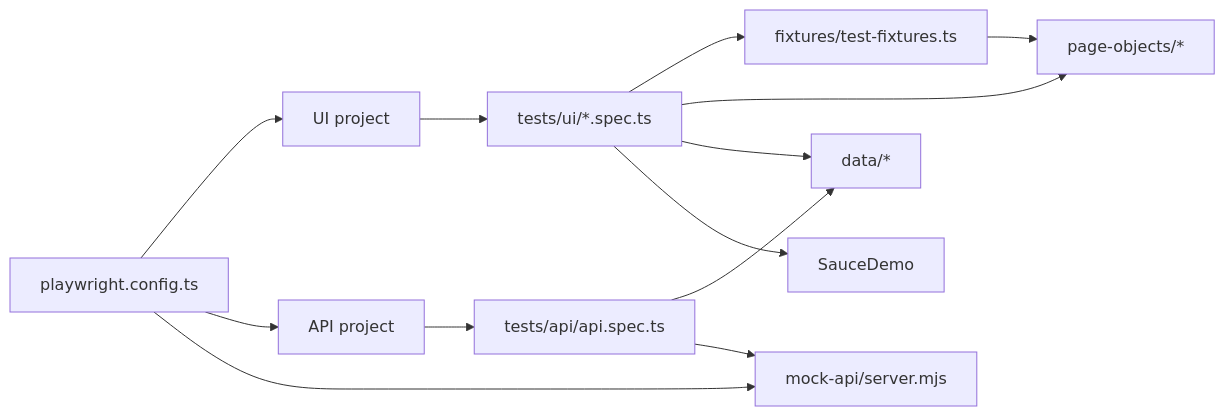
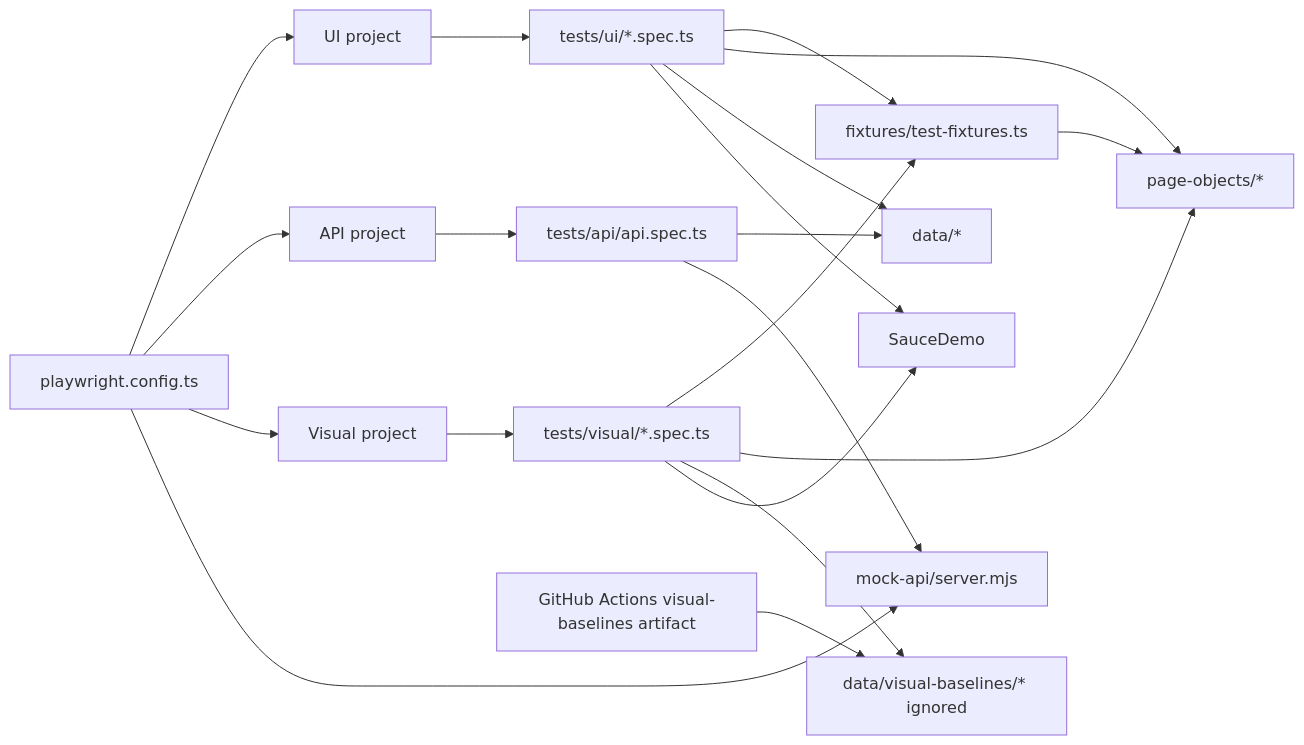
Before and after one commit to namthtran98/saucedemo-playwright: the diagram in docs/system-architecture.md, drawn with Mermaid. The commit also changed other lines of this file and 13 other files, not shown here.

````diff
--- a/docs/system-architecture.md
+++ b/docs/system-architecture.md
@@ -9,26 +9,37 @@
 ```mermaid
 flowchart LR
   Config[playwright.config.ts]
   UIProject[UI project]
   APIProject[API project]
+  VisualProject[Visual project]
   SpecsUI[tests/ui/*.spec.ts]
   SpecsAPI[tests/api/api.spec.ts]
+  SpecsVisual[tests/visual/*.spec.ts]
   Fixtures[fixtures/test-fixtures.ts]
   POM[page-objects/*]
   Data[data/*]
+  Baselines[data/visual-baselines/* ignored]
+  Artifacts[GitHub Actions visual-baselines artifact]
   SauceDemo[SauceDemo]
   MockAPI[mock-api/server.mjs]
 
   Config --> UIProject
   Config --> APIProject
+  Config --> VisualProject
   Config --> MockAPI
+  Artifacts --> Baselines
   UIProject --> SpecsUI
   APIProject --> SpecsAPI
+  VisualProject --> SpecsVisual
   SpecsUI --> Fixtures
+  SpecsVisual --> Fixtures
   Fixtures --> POM
   SpecsUI --> POM
+  SpecsVisual --> POM
   SpecsUI --> Data
   SpecsAPI --> Data
+  SpecsVisual --> Baselines
   SpecsUI --> SauceDemo
+  SpecsVisual --> SauceDemo
   SpecsAPI --> MockAPI
 ```
````
